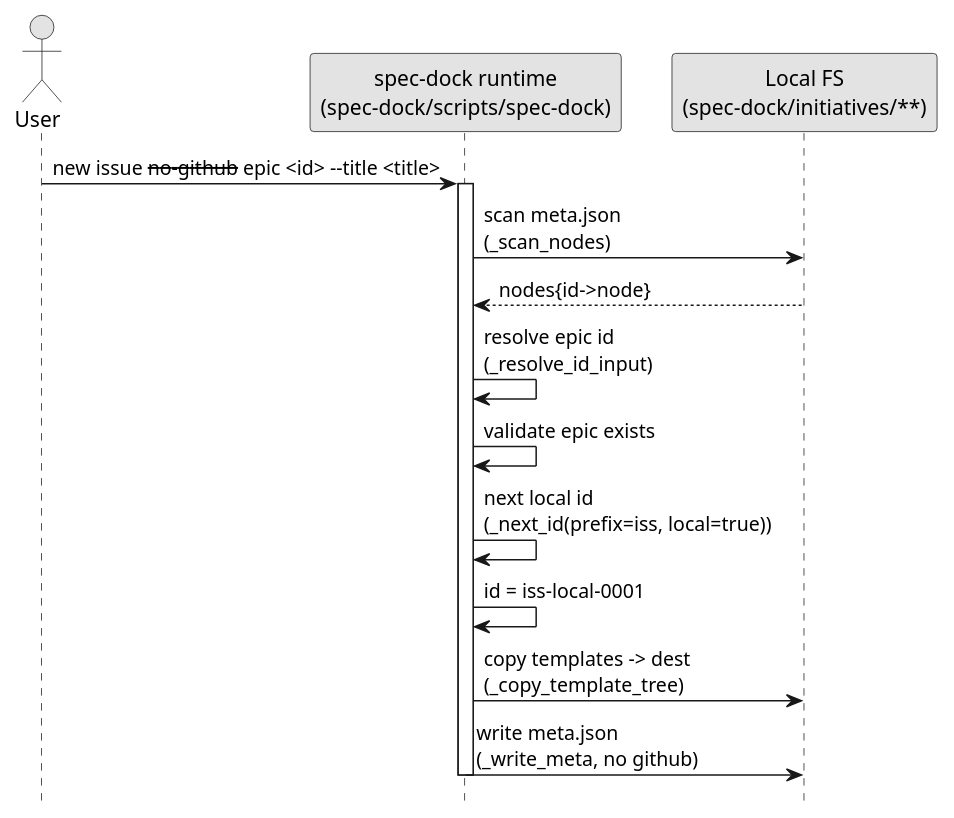
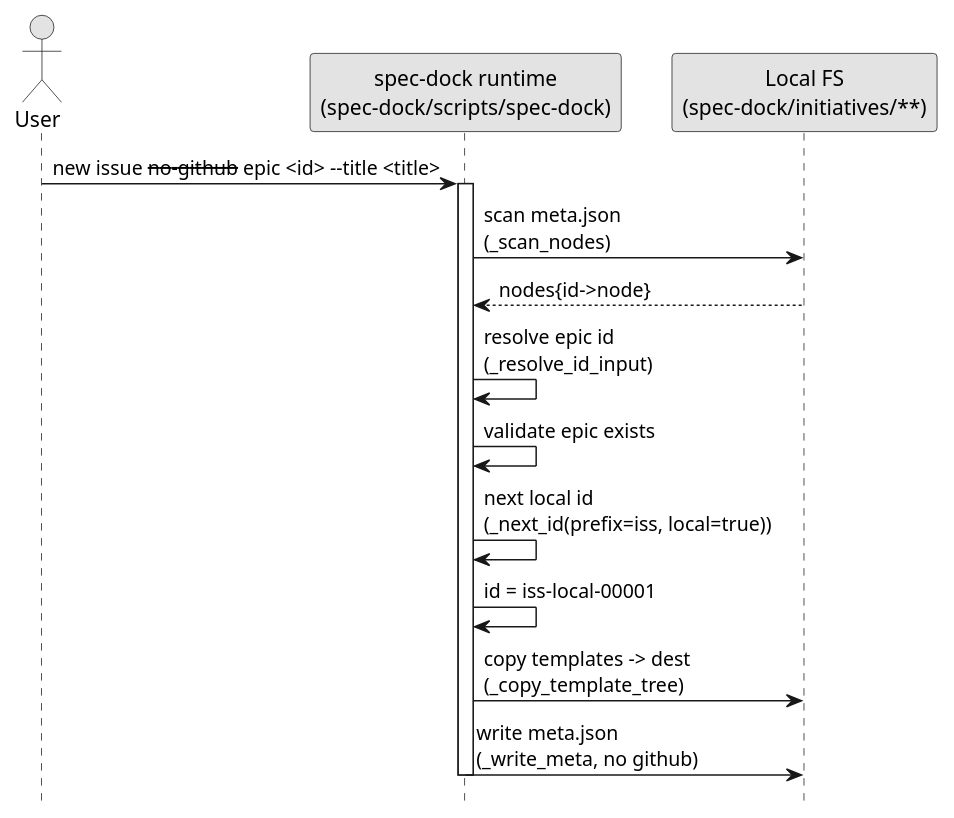
The second of 3 diagrams in docs/github-issue-integration.md (chemitaro/spec-dock), drawn with PlantUML before and after one commit. The commit also changed other lines of this file and 16 other files, not shown here.

````diff
--- a/docs/github-issue-integration.md
+++ b/docs/github-issue-integration.md
@@ -149,27 +149,27 @@
 ```plantuml
 @startuml
 skinparam monochrome true
 hide footbox
 
 actor User
 participant "spec-dock runtime\n(spec-dock/scripts/spec-dock)" as Script
 participant "Local FS\n(spec-dock/initiatives/**)" as FS
 
 User -> Script: new issue --no-github --epic <id> --title <title>
 activate Script
 
 Script -> FS: scan meta.json\n(_scan_nodes)
 FS --> Script: nodes{id->node}
 
 Script -> Script: resolve epic id\n(_resolve_id_input)
 Script -> Script: validate epic exists
 
 Script -> Script: next local id\n(_next_id(prefix=iss, local=true))
-Script -> Script: id = iss-local-0001
+Script -> Script: id = iss-local-00001
 
 Script -> FS: copy templates -> dest\n(_copy_template_tree)
 Script -> FS: write meta.json\n(_write_meta, no github)
 
 deactivate Script
 @enduml
 ```
````
